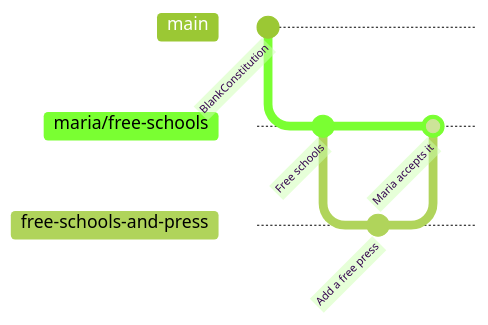
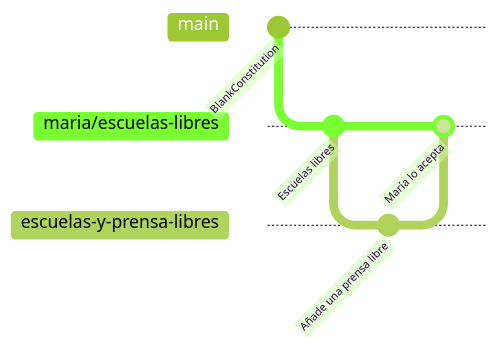
One commit to BlankConstitution/blankconstitution changed the second of 2 diagrams in docs/terminal.md. Above: the diagram before and after it, drawn with Mermaid (forest theme). The commit also changed other lines of this file and 4 other files, not shown here.

````diff
--- a/docs/terminal.md
+++ b/docs/terminal.md
@@ -96,12 +97,12 @@
 ```mermaid
 gitGraph
     commit id: "BlankConstitution"
-    branch maria/free-schools
-    checkout maria/free-schools
-    commit id: "Free schools"
-    branch free-schools-and-press
-    checkout free-schools-and-press
-    commit id: "Add a free press"
-    checkout maria/free-schools
-    merge free-schools-and-press id: "Maria accepts it"
+    branch maria/escuelas-libres
+    checkout maria/escuelas-libres
+    commit id: "Escuelas libres"
+    branch escuelas-y-prensa-libres
+    checkout escuelas-y-prensa-libres
+    commit id: "Añade una prensa libre"
+    checkout maria/escuelas-libres
+    merge escuelas-y-prensa-libres id: "María lo acepta"
 ```
````
